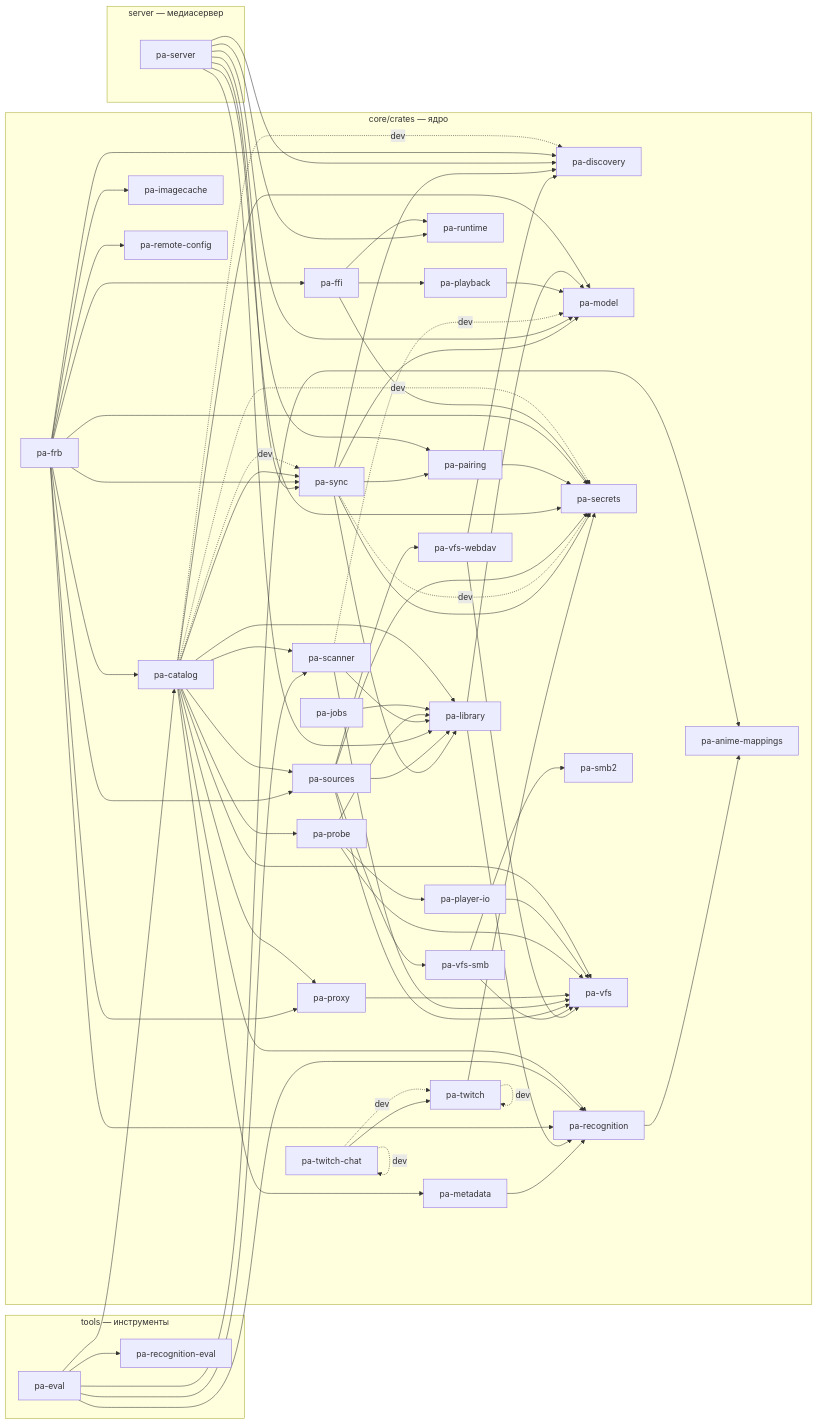
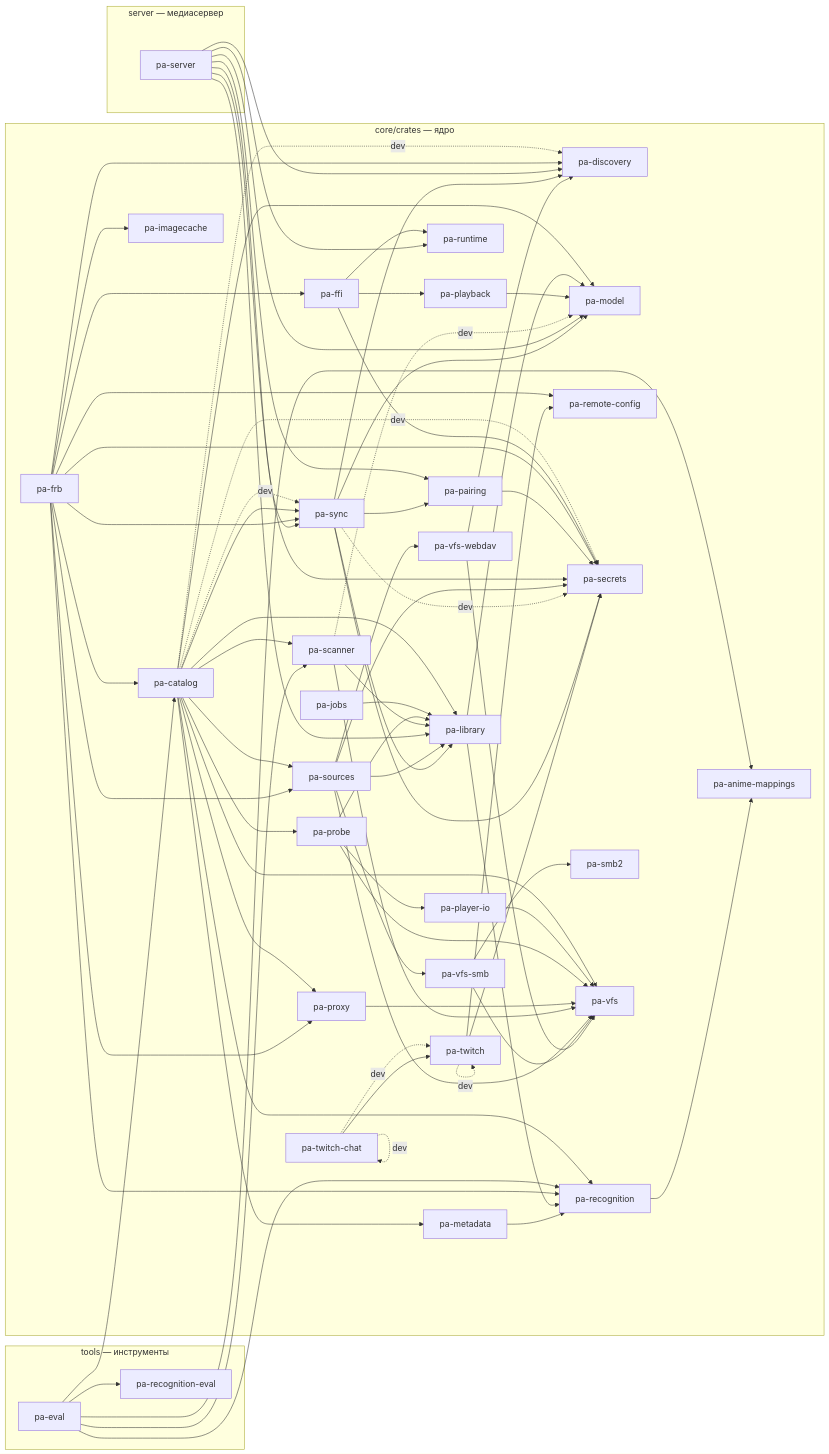
One commit to DenisHumen/project_alpha changed the diagram in docs/dev/crate-graph.md. Above: the diagram before and after it, drawn with Mermaid. The commit also changed other lines of this file, not shown here.

Commit message:
docs(dev): regenerate crate graph after merging main [TWI-004]

```diff
--- a/docs/dev/crate-graph.md
+++ b/docs/dev/crate-graph.md
@@ -112,6 +112,7 @@
   pa_sync --> pa_pairing
   pa_sync -. dev .-> pa_secrets
   pa_sync --> pa_secrets
+  pa_twitch --> pa_remote_config
   pa_twitch --> pa_secrets
   pa_twitch -. dev .-> pa_twitch
   pa_twitch_chat -. dev .-> pa_twitch
```
